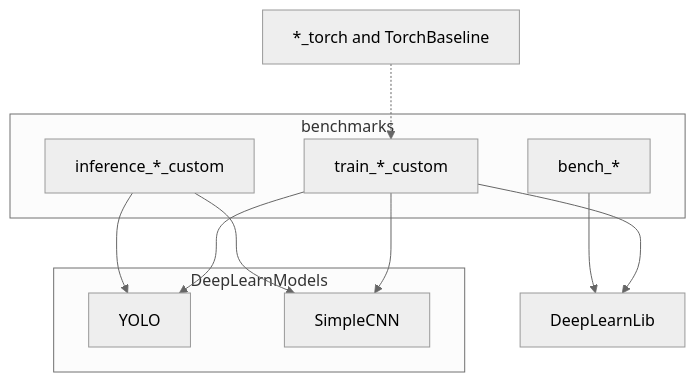
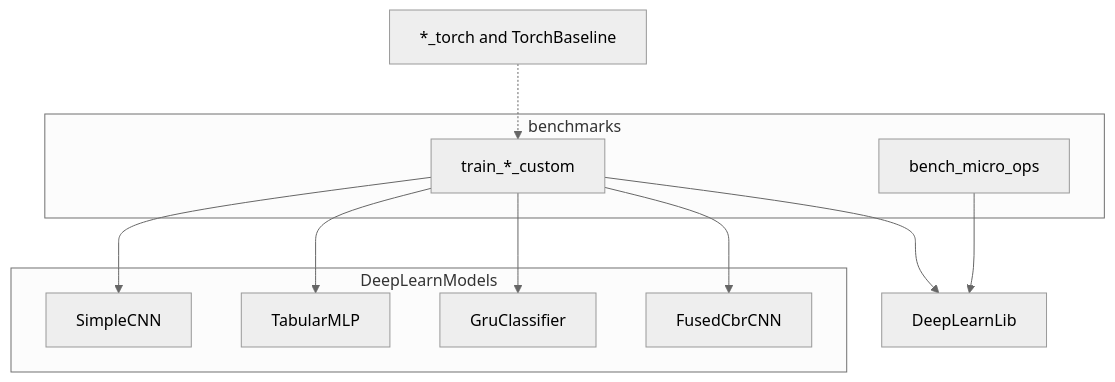
Before and after one commit to Kemo321/Bachelor-Thesis: the diagram in docs/usage/README.md, drawn with Mermaid (neutral theme). The commit also changed other lines of this file and 166 other files, not shown here.

````diff
--- a/docs/usage/README.md
+++ b/docs/usage/README.md
@@ -17,22 +17,23 @@
 ```mermaid
 flowchart TB
     subgraph apps [benchmarks]
         train["train_*_custom"]
-        infer["inference_*_custom"]
-        bench["bench_*"]
+        bench["bench_micro_ops"]
     end
     subgraph models [DeepLearnModels]
-        yolo[YOLO]
         cnn[SimpleCNN]
+        mlp[TabularMLP]
+        gru[GruClassifier]
+        fused[FusedCbrCNN]
     end
     lib[DeepLearnLib]
     torch["*_torch and TorchBaseline"]
 
-    train --> yolo
     train --> cnn
+    train --> mlp
+    train --> gru
+    train --> fused
     train --> lib
-    infer --> yolo
-    infer --> cnn
     bench --> lib
     torch -.-> train
 ```
````
